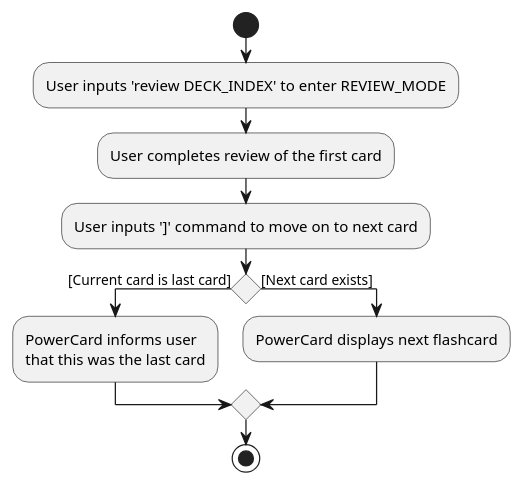
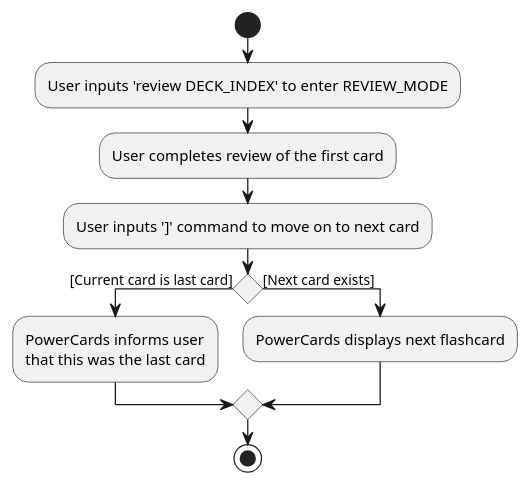
One commit to nus-cs2103-AY2223S2/tp changed the diagram in docs/diagrams/NextCardReviewActivityDiagram.puml. Above: the diagram before and after it, drawn with PlantUML. The commit also changed 8 other files, not shown here.

Commit message:
Update instances of PowerCard to PowerCards

```diff
--- a/docs/diagrams/NextCardReviewActivityDiagram.puml
+++ b/docs/diagrams/NextCardReviewActivityDiagram.puml
@@ -1,18 +1,18 @@
 @startuml
 
 start
 :User inputs 'review DECK_INDEX' to enter REVIEW_MODE;
 :User completes review of the first card;
 :User inputs ']' command to move on to next card;
 
 if () then ([Current card is last card])
-    :PowerCard informs user
+    :PowerCards informs user
     that this was the last card;
 else ([Next card exists])
-    :PowerCard displays next flashcard;
+    :PowerCards displays next flashcard;
 
 
 endif
 
 stop
 @enduml
```
